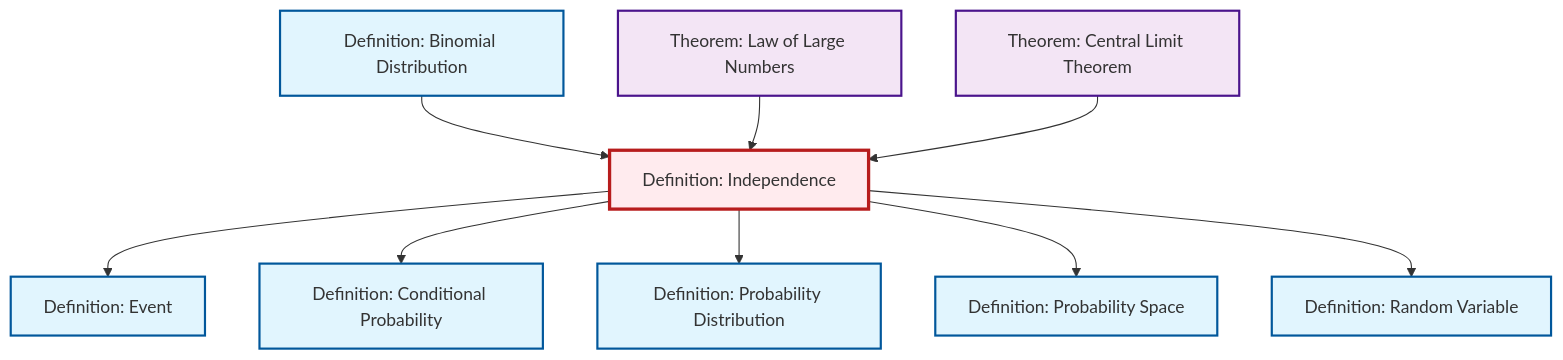
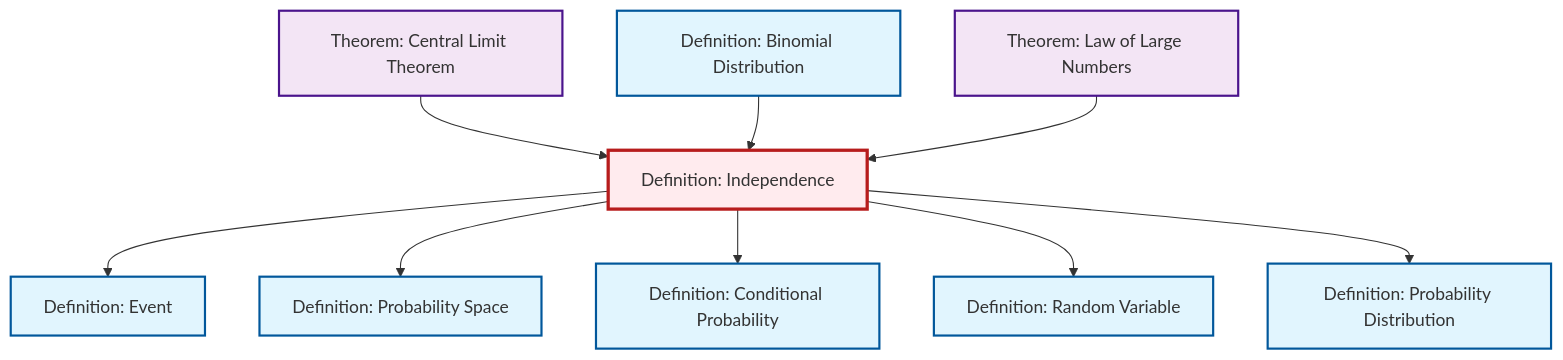
The diagram in content/en/probability-statistics/def-independence.qmd (RK0429/ModernMath), drawn with Mermaid before and after one commit. The commit also changed other lines of this file and 328 other files, not shown here.

````diff
--- a/content/en/probability-statistics/def-independence.qmd
+++ b/content/en/probability-statistics/def-independence.qmd
@@ -114,35 +114,35 @@
 ```{mermaid}
 %%| fig-cap: "Local dependency graph"
 graph TD
     classDef definition fill:#e1f5fe,stroke:#01579b,stroke-width:2px
     classDef theorem fill:#f3e5f5,stroke:#4a148c,stroke-width:2px
     classDef axiom fill:#fff3e0,stroke:#e65100,stroke-width:2px
     classDef example fill:#e8f5e9,stroke:#1b5e20,stroke-width:2px
     classDef current fill:#ffebee,stroke:#b71c1c,stroke-width:3px
-    def-probability-space["Definition: Probability Space"]:::definition
+    def-random-variable["Definition: Random Variable"]:::definition
     def-binomial-distribution["Definition: Binomial Distribution"]:::definition
     def-independence["Definition: Independence"]:::definition
+    thm-central-limit["Theorem: Central Limit Theorem"]:::theorem
     thm-law-of-large-numbers["Theorem: Law of Large Numbers"]:::theorem
+    def-probability-distribution["Definition: Probability Distribution"]:::definition
+    def-probability-space["Definition: Probability Space"]:::definition
+    def-conditional-probability["Definition: Conditional Probability"]:::definition
     def-event["Definition: Event"]:::definition
-    def-probability-distribution["Definition: Probability Distribution"]:::definition
-    thm-central-limit["Theorem: Central Limit Theorem"]:::theorem
-    def-conditional-probability["Definition: Conditional Probability"]:::definition
-    def-random-variable["Definition: Random Variable"]:::definition
+    thm-central-limit --> def-independence
     def-independence --> def-event
+    def-independence --> def-probability-space
+    def-independence --> def-conditional-probability
     def-binomial-distribution --> def-independence
-    def-independence --> def-conditional-probability
+    thm-law-of-large-numbers --> def-independence
+    def-independence --> def-random-variable
     def-independence --> def-probability-distribution
-    def-independence --> def-probability-space
-    def-independence --> def-random-variable
-    thm-law-of-large-numbers --> def-independence
-    thm-central-limit --> def-independence
     class def-independence current
+    click def-random-variable "def-random-variable.html" "Go to Random Variable definition"
+    click def-binomial-distribution "def-binomial-distribution.html" "Go to Binomial Distribution definition"
+    click thm-central-limit "thm-central-limit.html" "Go to Central Limit Theorem theorem"
+    click thm-law-of-large-numbers "thm-law-of-large-numbers.html" "Go to Law of Large Numbers theorem"
+    click def-probability-distribution "def-probability-distribution.html" "Go to Probability Distribution definition"
     click def-probability-space "def-probability-space.html" "Go to Probability Space definition"
-    click def-binomial-distribution "def-binomial-distribution.html" "Go to Binomial Distribution definition"
-    click thm-law-of-large-numbers "thm-law-of-large-numbers.html" "Go to Law of Large Numbers theorem"
+    click def-conditional-probability "def-conditional-probability.html" "Go to Conditional Probability definition"
     click def-event "def-event.html" "Go to Event definition"
-    click def-probability-distribution "def-probability-distribution.html" "Go to Probability Distribution definition"
-    click thm-central-limit "thm-central-limit.html" "Go to Central Limit Theorem theorem"
-    click def-conditional-probability "def-conditional-probability.html" "Go to Conditional Probability definition"
-    click def-random-variable "def-random-variable.html" "Go to Random Variable definition"
 ```
````
